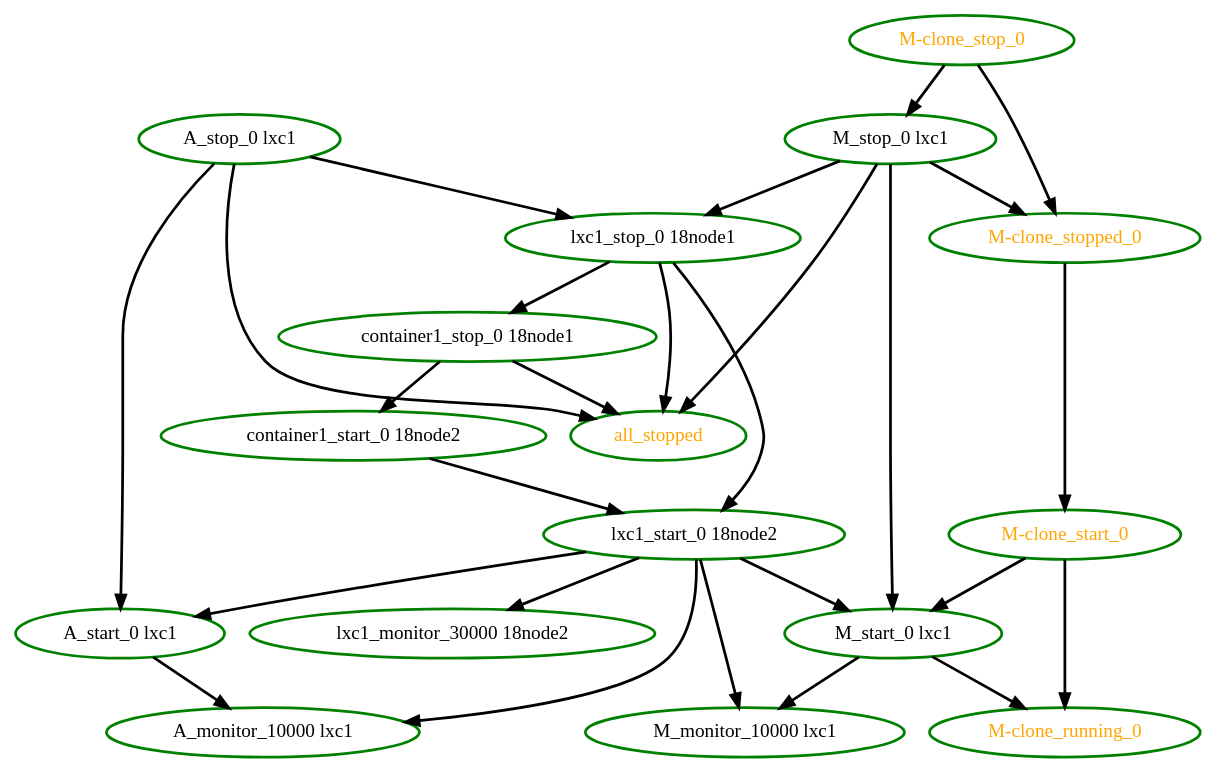
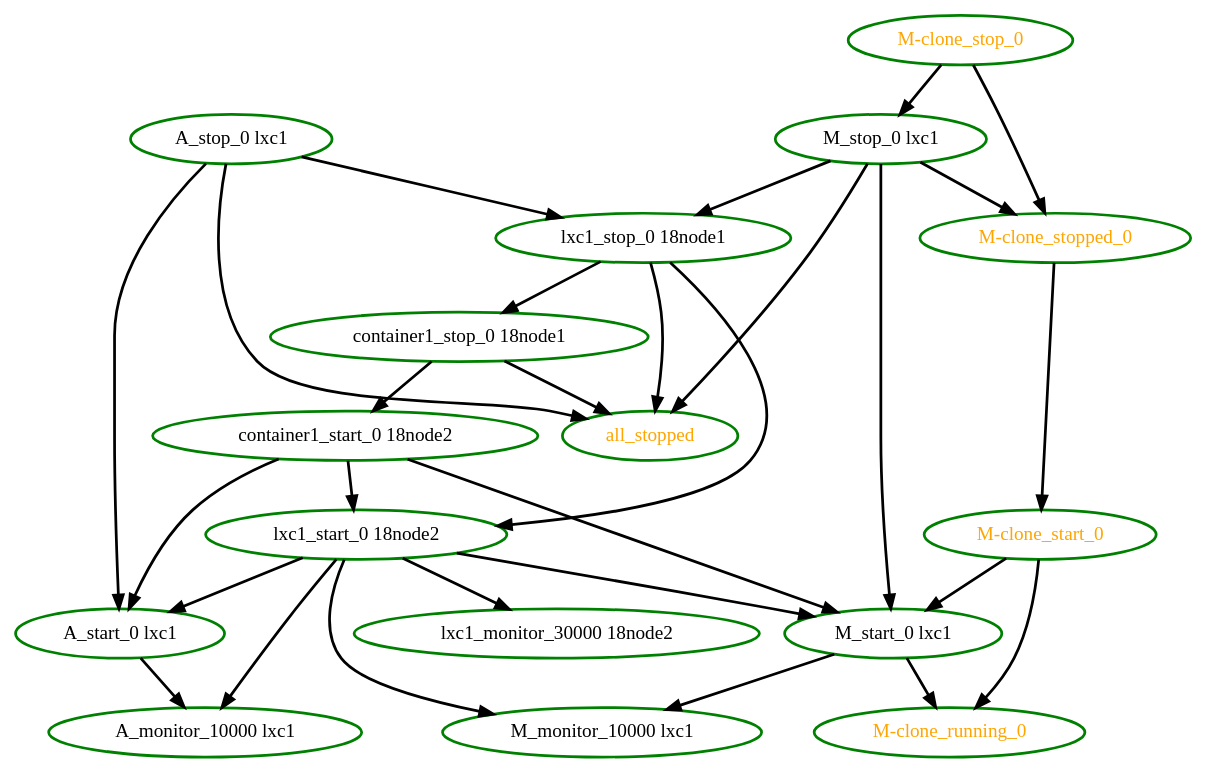
One commit to ClusterLabs/pacemaker changed the diagram in pengine/test10/whitebox-move.dot. Above: the diagram before and after it, drawn with Graphviz. The commit also changed 27 other files, not shown here.

```diff
--- a/pengine/test10/whitebox-move.dot
+++ b/pengine/test10/whitebox-move.dot
@@ -1,44 +1,46 @@
 digraph "g" {
 "A_monitor_10000 lxc1" [ style=bold color="green" fontcolor="black"]
 "A_start_0 lxc1" -> "A_monitor_10000 lxc1" [ style = bold]
 "A_start_0 lxc1" [ style=bold color="green" fontcolor="black"]
 "A_stop_0 lxc1" -> "A_start_0 lxc1" [ style = bold]
 "A_stop_0 lxc1" -> "all_stopped" [ style = bold]
 "A_stop_0 lxc1" -> "lxc1_stop_0 18node1" [ style = bold]
 "A_stop_0 lxc1" [ style=bold color="green" fontcolor="black"]
 "M-clone_running_0" [ style=bold color="green" fontcolor="orange"]
 "M-clone_start_0" -> "M-clone_running_0" [ style = bold]
 "M-clone_start_0" -> "M_start_0 lxc1" [ style = bold]
 "M-clone_start_0" [ style=bold color="green" fontcolor="orange"]
 "M-clone_stop_0" -> "M-clone_stopped_0" [ style = bold]
 "M-clone_stop_0" -> "M_stop_0 lxc1" [ style = bold]
 "M-clone_stop_0" [ style=bold color="green" fontcolor="orange"]
 "M-clone_stopped_0" -> "M-clone_start_0" [ style = bold]
 "M-clone_stopped_0" [ style=bold color="green" fontcolor="orange"]
 "M_monitor_10000 lxc1" [ style=bold color="green" fontcolor="black"]
 "M_start_0 lxc1" -> "M-clone_running_0" [ style = bold]
 "M_start_0 lxc1" -> "M_monitor_10000 lxc1" [ style = bold]
 "M_start_0 lxc1" [ style=bold color="green" fontcolor="black"]
 "M_stop_0 lxc1" -> "M-clone_stopped_0" [ style = bold]
 "M_stop_0 lxc1" -> "M_start_0 lxc1" [ style = bold]
 "M_stop_0 lxc1" -> "all_stopped" [ style = bold]
 "M_stop_0 lxc1" -> "lxc1_stop_0 18node1" [ style = bold]
 "M_stop_0 lxc1" [ style=bold color="green" fontcolor="black"]
 "all_stopped" [ style=bold color="green" fontcolor="orange"]
+"container1_start_0 18node2" -> "A_start_0 lxc1" [ style = bold]
+"container1_start_0 18node2" -> "M_start_0 lxc1" [ style = bold]
 "container1_start_0 18node2" -> "lxc1_start_0 18node2" [ style = bold]
 "container1_start_0 18node2" [ style=bold color="green" fontcolor="black"]
 "container1_stop_0 18node1" -> "all_stopped" [ style = bold]
 "container1_stop_0 18node1" -> "container1_start_0 18node2" [ style = bold]
 "container1_stop_0 18node1" [ style=bold color="green" fontcolor="black"]
 "lxc1_monitor_30000 18node2" [ style=bold color="green" fontcolor="black"]
 "lxc1_start_0 18node2" -> "A_monitor_10000 lxc1" [ style = bold]
 "lxc1_start_0 18node2" -> "A_start_0 lxc1" [ style = bold]
 "lxc1_start_0 18node2" -> "M_monitor_10000 lxc1" [ style = bold]
 "lxc1_start_0 18node2" -> "M_start_0 lxc1" [ style = bold]
 "lxc1_start_0 18node2" -> "lxc1_monitor_30000 18node2" [ style = bold]
 "lxc1_start_0 18node2" [ style=bold color="green" fontcolor="black"]
 "lxc1_stop_0 18node1" -> "all_stopped" [ style = bold]
 "lxc1_stop_0 18node1" -> "container1_stop_0 18node1" [ style = bold]
 "lxc1_stop_0 18node1" -> "lxc1_start_0 18node2" [ style = bold]
 "lxc1_stop_0 18node1" [ style=bold color="green" fontcolor="black"]
 }
```
